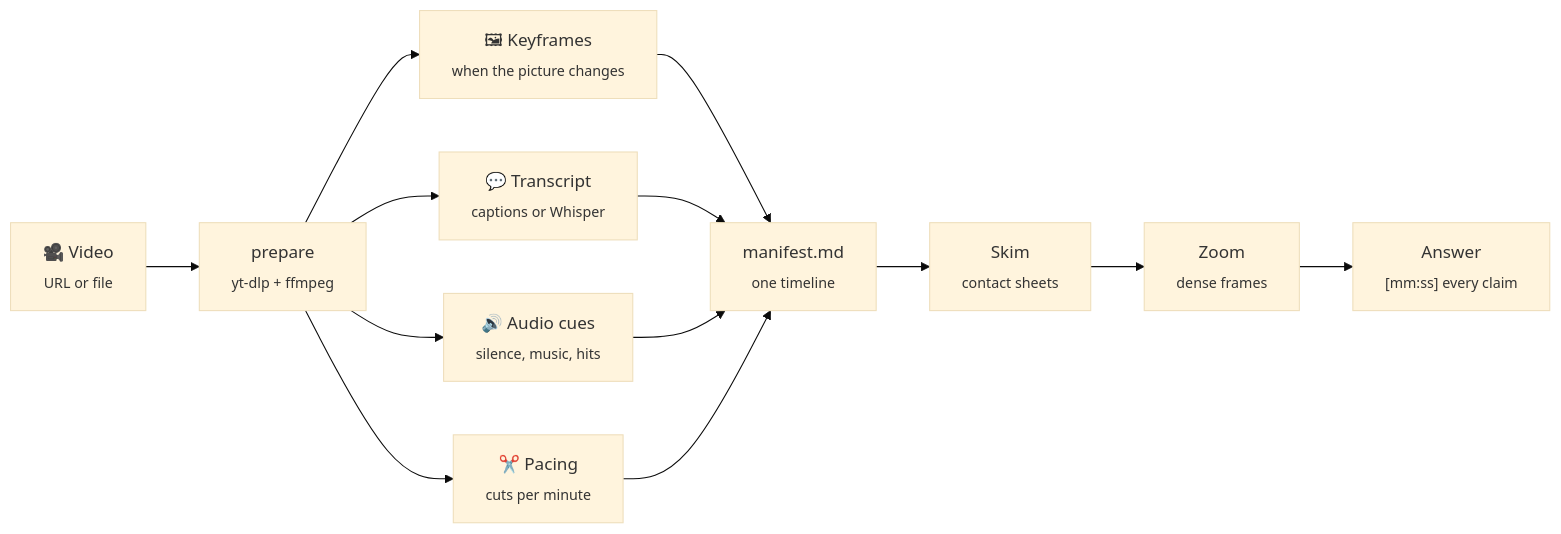
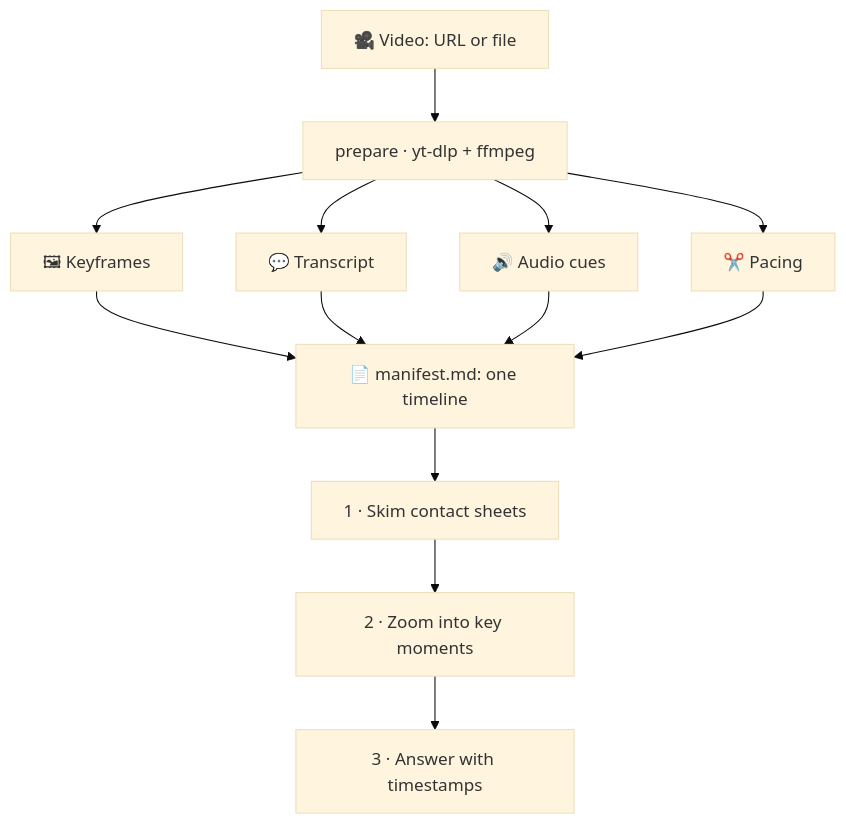
Before and after one commit to gowtham012/video-watch: the diagram in README.md, drawn with Mermaid (base theme). The commit also changed other lines of this file, not shown here.

Commit message:
README: top-down flow diagram, headers on all tables

````diff
--- a/README.md
+++ b/README.md
@@ -62,10 +62,15 @@
 ```mermaid
-flowchart LR
-    V["🎥 Video<br/><sub>URL or file</sub>"] --> P["prepare<br/><sub>yt-dlp + ffmpeg</sub>"]
-    P --> K["🖼 Keyframes<br/><sub>when the picture changes</sub>"]
-    P --> T["💬 Transcript<br/><sub>captions or Whisper</sub>"]
-    P --> A["🔊 Audio cues<br/><sub>silence, music, hits</sub>"]
-    P --> C["✂️ Pacing<br/><sub>cuts per minute</sub>"]
-    K & T & A & C --> M["manifest.md<br/><sub>one timeline</sub>"]
-    M --> S["Skim<br/><sub>contact sheets</sub>"] --> Z["Zoom<br/><sub>dense frames</sub>"] --> R["Answer<br/><sub>[mm:ss] every claim</sub>"]
+flowchart TD
+    V["🎥 Video: URL or file"] --> P["prepare · yt-dlp + ffmpeg"]
+    P --> K["🖼 Keyframes"]
+    P --> T["💬 Transcript"]
+    P --> A["🔊 Audio cues"]
+    P --> C["✂️ Pacing"]
+    K --> M["📄 manifest.md: one timeline"]
+    T --> M
+    A --> M
+    C --> M
+    M --> S["1 · Skim contact sheets"]
+    S --> Z["2 · Zoom into key moments"]
+    Z --> R["3 · Answer with timestamps"]
 ```
````
